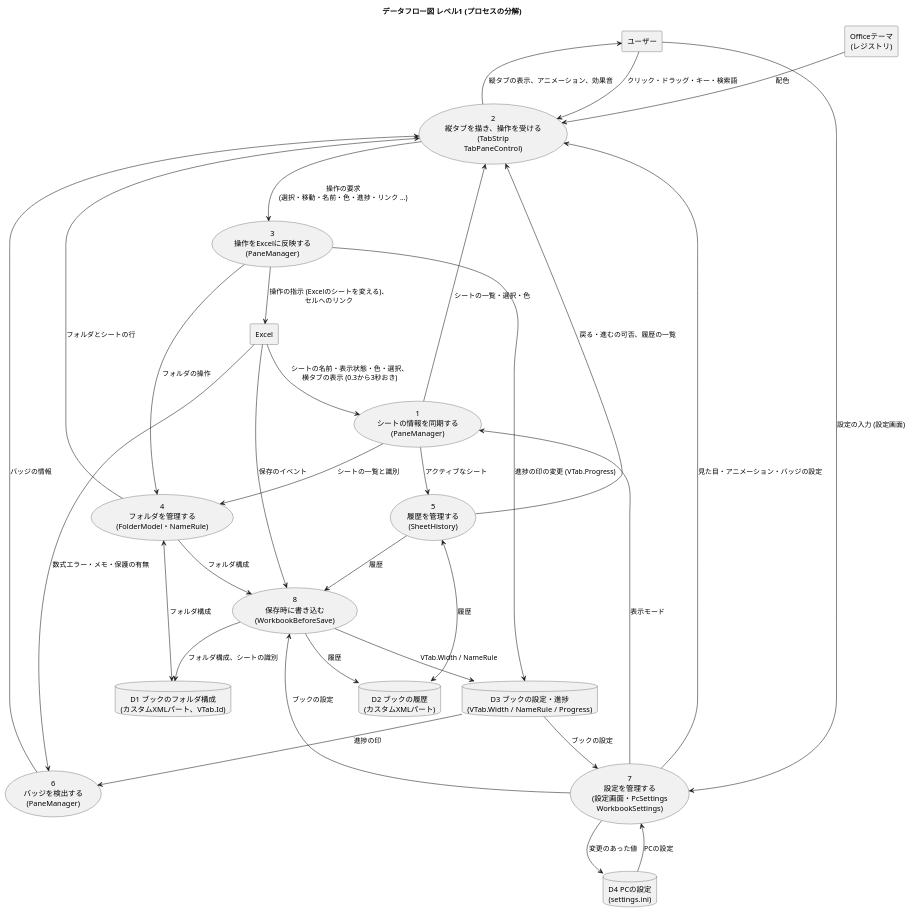
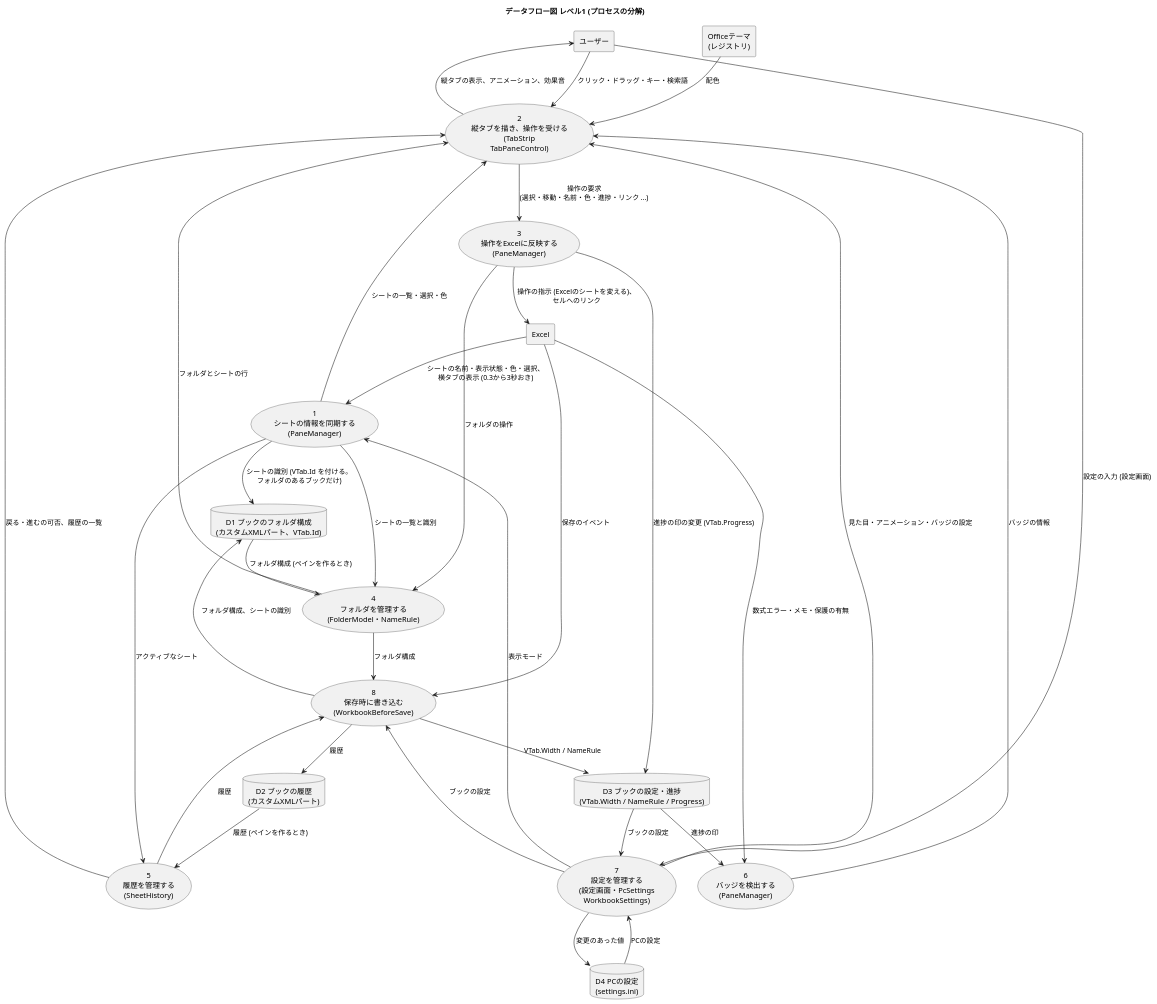
One commit to nk-taka623/VerticalSheetTabs changed the diagram in docs/dfd-level1.puml. Above: the diagram before and after it, drawn with PlantUML. The commit also changed 49 other files, not shown here.

First line of the commit message:
設計図と説明を、実装に合わせて見直す

```diff
--- a/docs/dfd-level1.puml
+++ b/docs/dfd-level1.puml
@@ -1,69 +1,70 @@
 @startuml
 title データフロー図 レベル1 (プロセスの分解)
 top to bottom direction
 skinparam shadowing false
 skinparam defaultTextAlignment center
 skinparam nodesep 40
 skinparam ranksep 70
 
 rectangle "ユーザー" as U
 rectangle "Excel" as XL
 rectangle "Officeテーマ\n(レジストリ)" as THEME
 
 usecase "1\nシートの情報を同期する\n(PaneManager)" as P1
 usecase "2\n縦タブを描き、操作を受ける\n(TabStrip\nTabPaneControl)" as P2
 usecase "3\n操作をExcelに反映する\n(PaneManager)" as P3
 usecase "4\nフォルダを管理する\n(FolderModel・NameRule)" as P4
 usecase "5\n履歴を管理する\n(SheetHistory)" as P5
 usecase "6\nバッジを検出する\n(PaneManager)" as P6
 usecase "7\n設定を管理する\n(設定画面・PcSettings\nWorkbookSettings)" as P7
 usecase "8\n保存時に書き込む\n(WorkbookBeforeSave)" as P8
 
 database "D1 ブックのフォルダ構成\n(カスタムXMLパート、VTab.Id)" as D1
 database "D2 ブックの履歴\n(カスタムXMLパート)" as D2
 database "D3 ブックの設定・進捗\n(VTab.Width / NameRule / Progress)" as D3
 database "D4 PCの設定\n(settings.ini)" as D4
 
 ' --- 同期 (Excel -> アドイン)
 XL --> P1 : シートの名前・表示状態・色・選択、\n横タブの表示 (0.3から3秒おき)
 P1 --> P4 : シートの一覧と識別
 P1 --> P5 : アクティブなシート
 P1 --> P2 : シートの一覧・選択・色
 
 ' --- 縦タブ (表示と操作)
 THEME --> P2 : 配色
 U --> P2 : クリック・ドラッグ・キー・検索語
 P2 --> U : 縦タブの表示、アニメーション、効果音
 P4 --> P2 : フォルダとシートの行
 P5 --> P2 : 戻る・進むの可否、履歴の一覧
 P6 --> P2 : バッジの情報
 P7 --> P2 : 見た目・アニメーション・バッジの設定
 
 ' --- 操作の反映
 P2 --> P3 : 操作の要求\n(選択・移動・名前・色・進捗・リンク ...)
 P3 --> XL : 操作の指示 (Excelのシートを変える)、\nセルへのリンク
 P3 --> P4 : フォルダの操作
 P3 --> D3 : 進捗の印の変更 (VTab.Progress)
 
 ' --- フォルダ・履歴・バッジ
-P4 <--> D1 : フォルダ構成
-P5 <--> D2 : 履歴
+D1 --> P4 : フォルダ構成 (ペインを作るとき)
+D2 --> P5 : 履歴 (ペインを作るとき)
+P1 --> D1 : シートの識別 (VTab.Id を付ける。\nフォルダのあるブックだけ)
 XL --> P6 : 数式エラー・メモ・保護の有無
 D3 --> P6 : 進捗の印
 
 ' --- 設定
 U --> P7 : 設定の入力 (設定画面)
 D4 --> P7 : PCの設定
 P7 --> D4 : 変更のあった値
 D3 --> P7 : ブックの設定
 P7 --> P1 : 表示モード
 
 ' --- 保存
 XL --> P8 : 保存のイベント
 P4 --> P8 : フォルダ構成
 P5 --> P8 : 履歴
 P7 --> P8 : ブックの設定
 P8 --> D1 : フォルダ構成、シートの識別
 P8 --> D2 : 履歴
 P8 --> D3 : VTab.Width / NameRule
 @enduml
```
